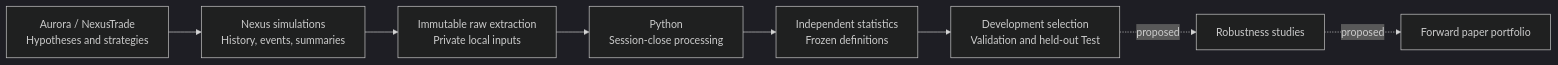
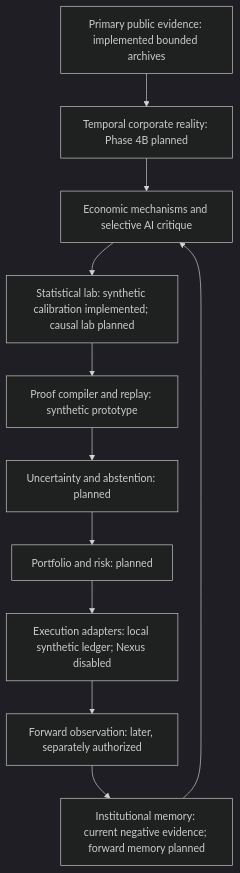
Before and after one commit to jarems421/ai-assisted-quantitative-research: the diagram in README.md, drawn with Mermaid (dark theme). The commit also changed other lines of this file and 9 other files, not shown here.

Commit message:
Rewrite Research OS overview and govern Phase 4 family selection

````diff
--- a/README.md
+++ b/README.md
@@ -61,10 +18,13 @@
 ```mermaid
-flowchart LR
-    A["Aurora / NexusTrade<br/>Hypotheses and strategies"] --> B["Nexus simulations<br/>History, events, summaries"]
-    B --> C["Immutable raw extraction<br/>Private local inputs"]
-    C --> D["Python<br/>Session-close processing"]
-    D --> E["Independent statistics<br/>Frozen definitions"]
-    E --> F["Development selection<br/>Validation and held-out Test"]
-    F -. "proposed" .-> G["Robustness studies"]
-    G -. "proposed" .-> H["Forward paper portfolio"]
+flowchart TD
+    A["Primary public evidence: implemented bounded archives"] --> B["Temporal corporate reality: Phase 4B planned"]
+    B --> C["Economic mechanisms and selective AI critique"]
+    C --> D["Statistical lab: synthetic calibration implemented; causal lab planned"]
+    D --> E["Proof compiler and replay: synthetic prototype"]
+    E --> F["Uncertainty and abstention: planned"]
+    F --> G["Portfolio and risk: planned"]
+    G --> H["Execution adapters: local synthetic ledger; Nexus disabled"]
+    H --> I["Forward observation: later, separately authorized"]
+    I --> J["Institutional memory: current negative evidence; forward memory planned"]
+    J --> C
 ```
````
